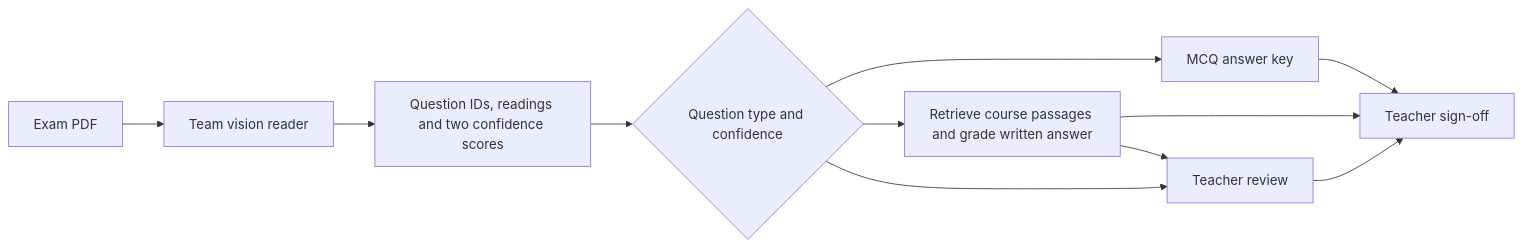
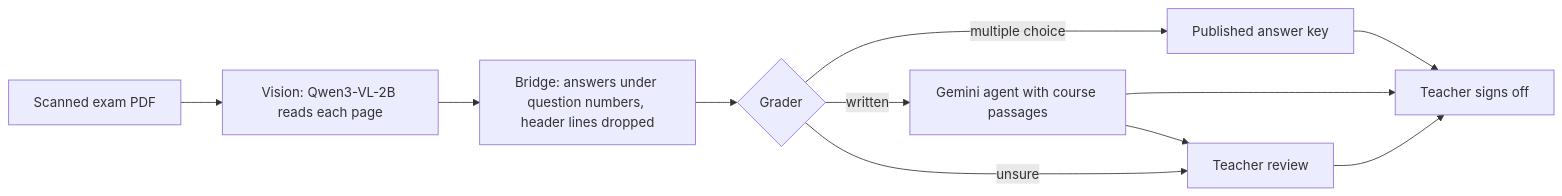
The diagram in REPORT.md (annaserrag/daiist-group-project), drawn with Mermaid before and after one commit. The commit also changed other lines of this file and 12 other files, not shown here.

First line of the commit message:
Learn the written review rule, report the clean held-out run and write the report

````diff
--- a/REPORT.md
+++ b/REPORT.md
@@ -18,13 +18,13 @@
 ```mermaid
 flowchart LR
-    A[Exam PDF] --> B[Team vision reader]
-    B --> C[Question IDs, readings and two confidence scores]
-    C --> D{Question type and confidence}
-    D --> E[MCQ answer key]
-    D --> F[Retrieve course passages and grade written answer]
-    D --> G[Teacher review]
-    E --> H[Teacher sign-off]
+    A[Scanned exam PDF] --> B[Vision: Qwen3-VL-2B reads each page]
+    B --> C[Bridge: answers under question numbers, header lines dropped]
+    C --> D{Grader}
+    D -->|multiple choice| E[Published answer key]
+    D -->|written| F[Gemini agent with course passages]
+    D -->|unsure| G[Teacher review]
+    E --> H[Teacher signs off]
     F --> H
     F --> G
     G --> H
 ```
````
